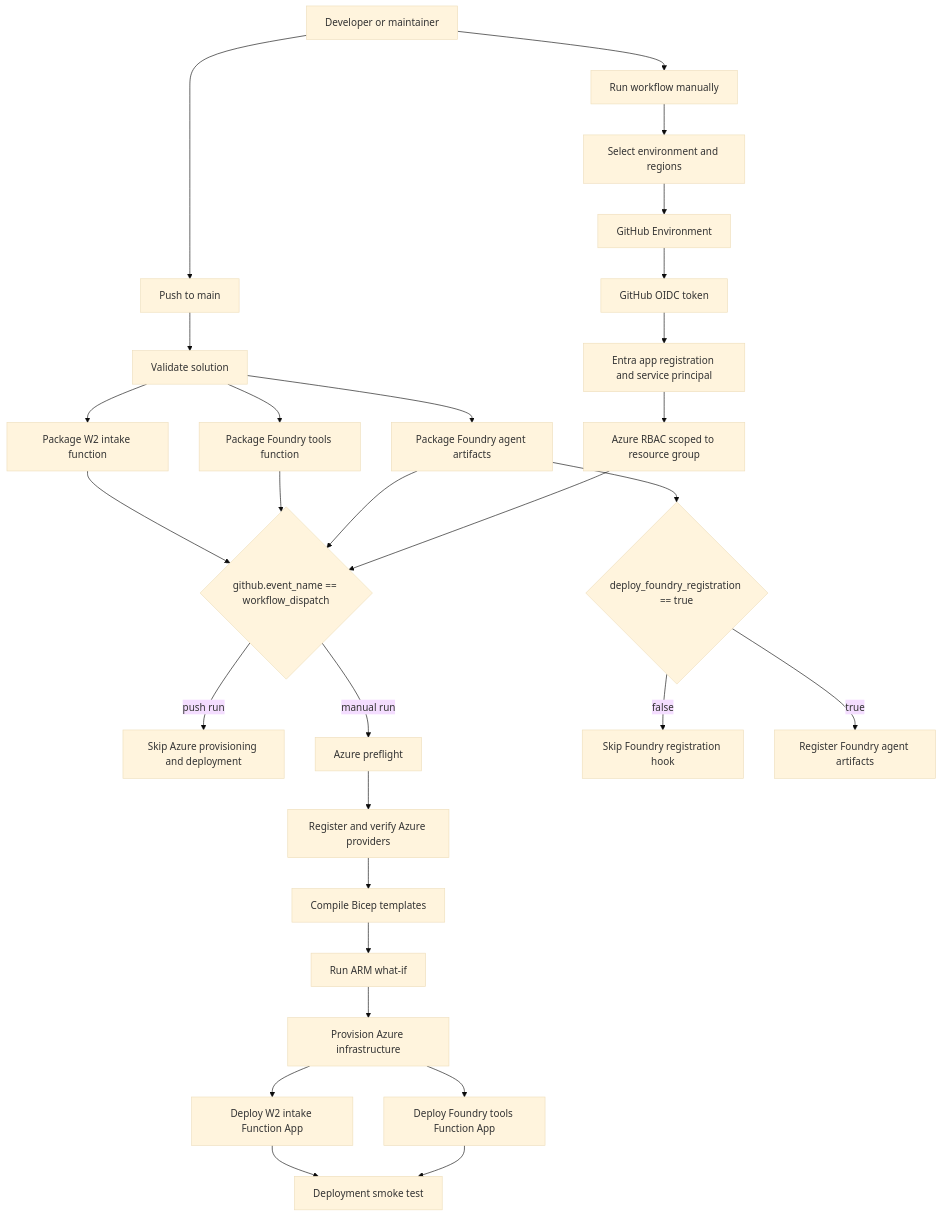
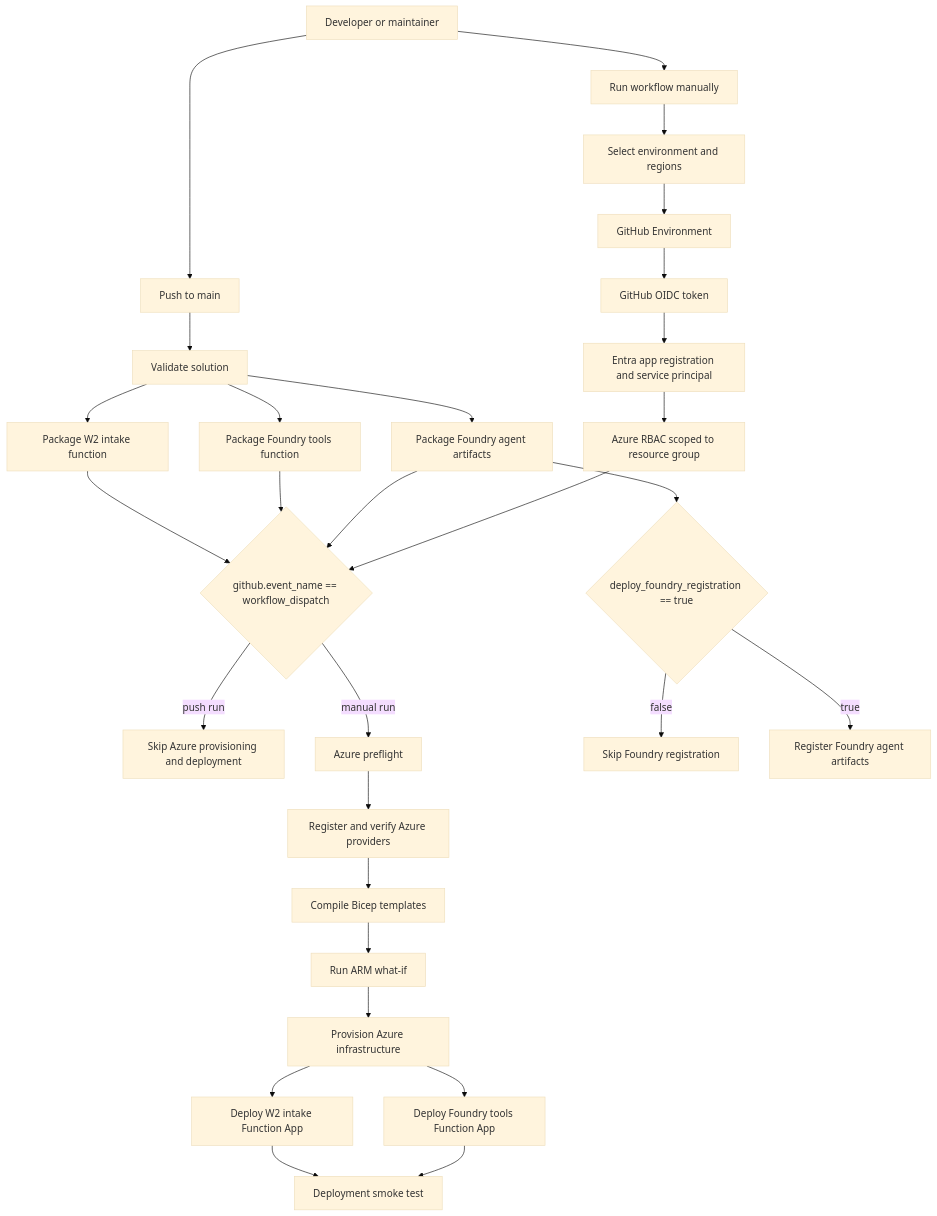
One commit to fluxionpartners/agentic-processing-platform changed the diagram in docs/github-actions-deployment.md. Above: the diagram before and after it, drawn with Mermaid (base theme). The commit also changed other lines of this file and 15 other files, not shown here.

Commit message:
feat: automate Foundry agent registration

````diff
--- a/docs/github-actions-deployment.md
+++ b/docs/github-actions-deployment.md
@@ -29,36 +29,36 @@
 ```mermaid
 flowchart TD
   Dev["Developer or maintainer"] --> Push["Push to main"]
   Dev --> Manual["Run workflow manually"]
 
   Push --> Validate["Validate solution"]
   Validate --> PackageW2["Package W2 intake function"]
   Validate --> PackageTools["Package Foundry tools function"]
   Validate --> PackageAgent["Package Foundry agent artifacts"]
 
   Manual --> Inputs["Select environment and regions"]
   Inputs --> Env["GitHub Environment"]
   Env --> OIDC["GitHub OIDC token"]
   OIDC --> Entra["Entra app registration and service principal"]
   Entra --> AzureRBAC["Azure RBAC scoped to resource group"]
 
   PackageW2 --> InfraGate{"github.event_name == workflow_dispatch"}
   PackageTools --> InfraGate
   PackageAgent --> InfraGate
   AzureRBAC --> InfraGate
 
   InfraGate -- "push run" --> SkipDeploy["Skip Azure provisioning and deployment"]
   InfraGate -- "manual run" --> Preflight["Azure preflight"]
 
   Preflight --> Providers["Register and verify Azure providers"]
   Providers --> Compile["Compile Bicep templates"]
   Compile --> WhatIf["Run ARM what-if"]
   WhatIf --> Provision["Provision Azure infrastructure"]
   Provision --> DeployW2["Deploy W2 intake Function App"]
   Provision --> DeployTools["Deploy Foundry tools Function App"]
   DeployW2 --> Smoke["Deployment smoke test"]
   DeployTools --> Smoke
   PackageAgent --> FoundryGate{"deploy_foundry_registration == true"}
-  FoundryGate -- "false" --> SkipFoundry["Skip Foundry registration hook"]
+  FoundryGate -- "false" --> SkipFoundry["Skip Foundry registration"]
   FoundryGate -- "true" --> RegisterFoundry["Register Foundry agent artifacts"]
 ```
````
